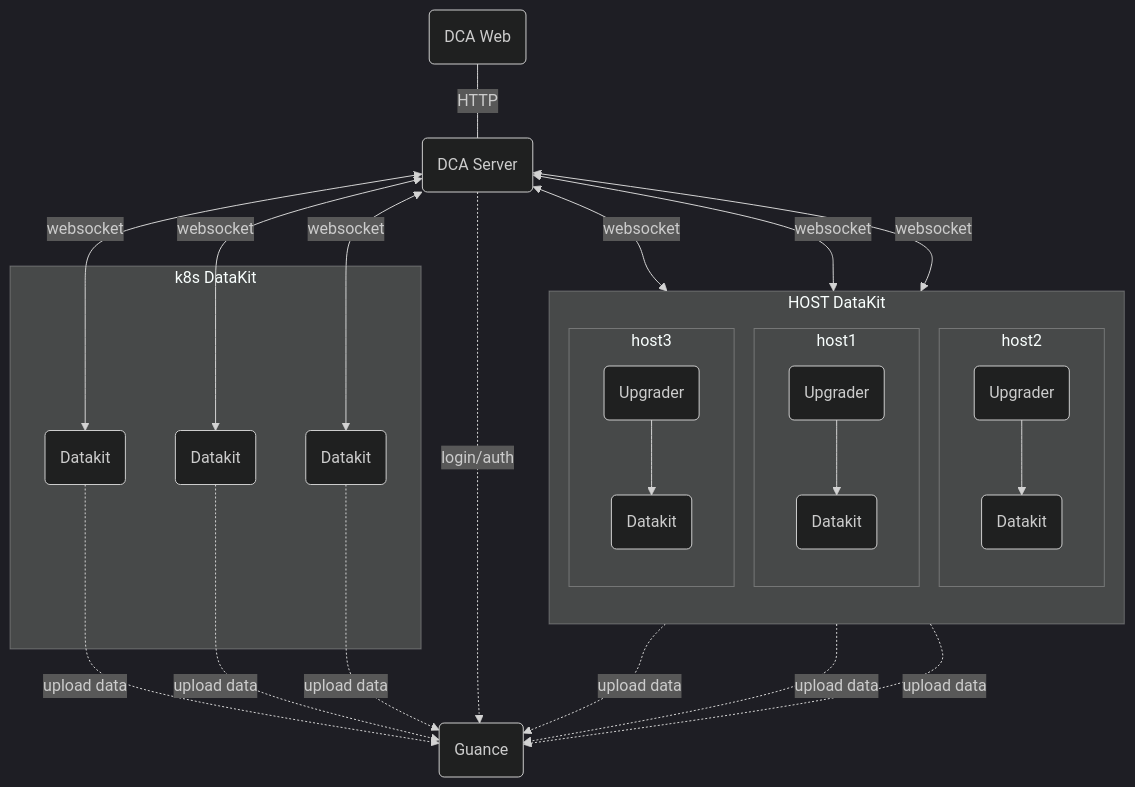
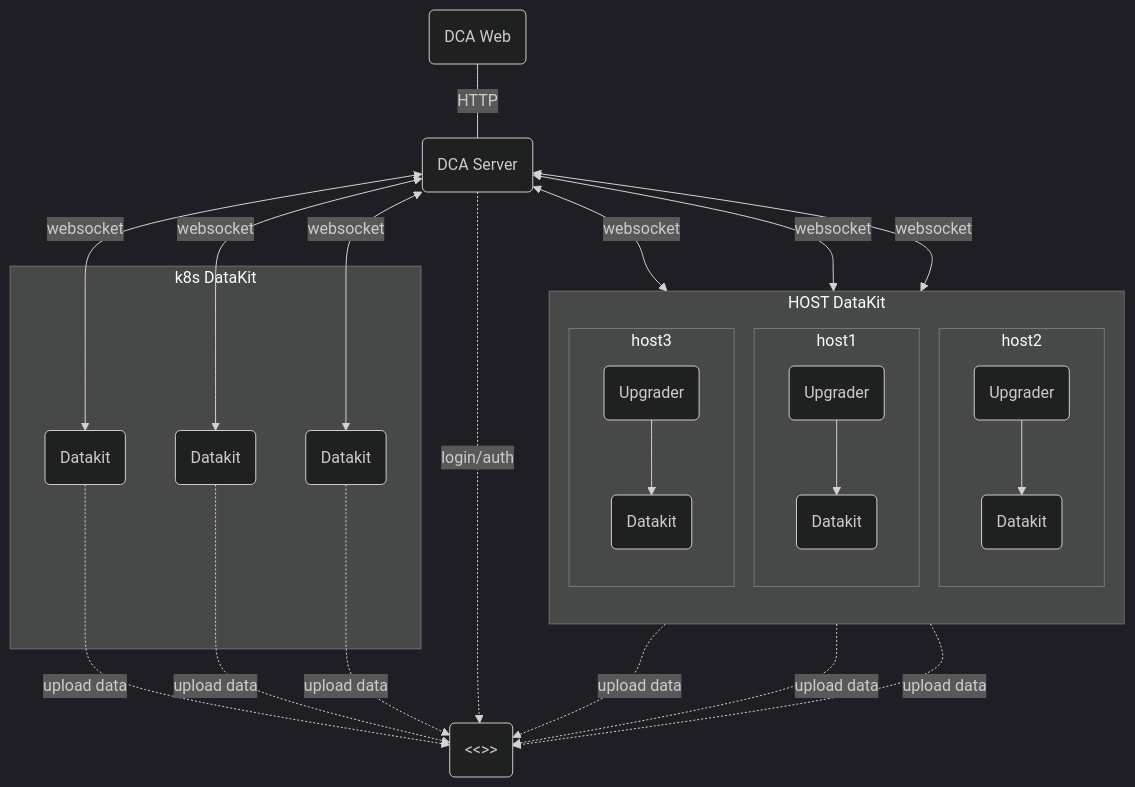
One commit to GuanceCloud/guance-docs changed the diagram in docs/zh/datakit/dca.md. Above: the diagram before and after it, drawn with Mermaid (dark theme). The commit also changed other lines of this file and 286 other files, not shown here.

````diff
--- a/docs/zh/datakit/dca.md
+++ b/docs/zh/datakit/dca.md
@@ -16,47 +16,47 @@
 ```mermaid
 flowchart TB;
 
 dca_server(DCA Server);
 dca_web(DCA Web);
 dk_upgrader1(Upgrader);
 dk_upgrader2(Upgrader);
 dk_upgrader3(Upgrader);
 dk1(Datakit);
 dk2(Datakit);
 dk3(Datakit);
 k8s_dk1(Datakit);
 k8s_dk2(Datakit);
 k8s_dk3(Datakit);
-guance(Guance);
+brand_name("<<<custom_key.brand_name>>>");
 
 subgraph HOST DataKit
     direction TB;
     subgraph host_sub1 ["host1"]
         dk_upgrader1 --> dk1;         
     end
     subgraph host_sub2 ["host2"]
         dk_upgrader2 --> dk2;    
     end
     subgraph host_sub3 ["host3"]
         dk_upgrader3 --> dk3;       
     end
 end
 
 subgraph k8s DataKit
  k8s_dk1
  k8s_dk2
  k8s_dk3
 end
     
-dk1 -.-> |upload data|guance;
-dk2 -.-> |upload data|guance;
-dk3 -.-> |upload data|guance;
-k8s_dk1 -.-> |upload data|guance;
-k8s_dk2 -.-> |upload data|guance;
-k8s_dk3 -.-> |upload data|guance;
+dk1 -.-> |upload data|brand_name;
+dk2 -.-> |upload data|brand_name;
+dk3 -.-> |upload data|brand_name;
+k8s_dk1 -.-> |upload data|brand_name;
+k8s_dk2 -.-> |upload data|brand_name;
+k8s_dk3 -.-> |upload data|brand_name;
 
 dca_server <--> |websocket| dk_upgrader1 & dk_upgrader2 & dk_upgrader3 & k8s_dk1 & k8s_dk2 & k8s_dk3
 dca_web -- HTTP --- dca_server;
 
-dca_server -.-> |login/auth| guance;
+dca_server -.-> |login/auth| brand_name;
 ```
````
